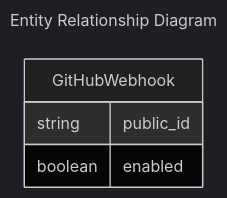
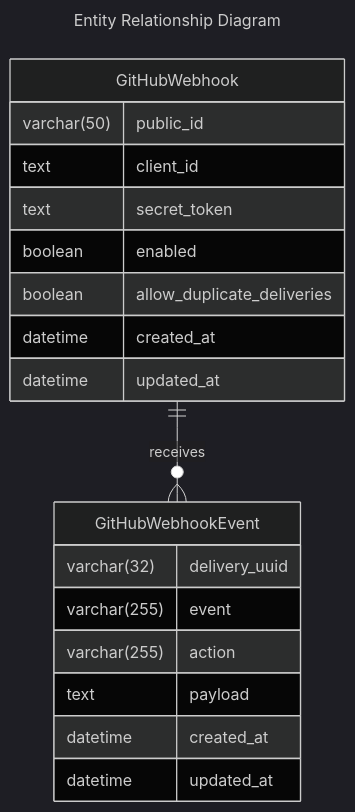
The diagram in README.md (aparsons/astra), drawn with Mermaid (dark theme) before and after one commit.

Commit message:
Update README.md to enhance GitHubWebhook and GitHubWebhookEvent schema definitions

````diff
--- a/README.md
+++ b/README.md
@@ -5,10 +5,24 @@
 ```mermaid
 ---
 title: Entity Relationship Diagram
 ---
 erDiagram
+    GitHubWebhook ||--o{ GitHubWebhookEvent : receives
     GitHubWebhook {
-        string public_id
+        varchar(50) public_id
+        text client_id
+        text secret_token
         boolean enabled
+        boolean allow_duplicate_deliveries
+        datetime created_at
+        datetime updated_at
+    }
+    GitHubWebhookEvent {
+        varchar(32) delivery_uuid
+        varchar(255) event
+        varchar(255) action
+        text payload
+        datetime created_at
+        datetime updated_at
     }
 ```
````
